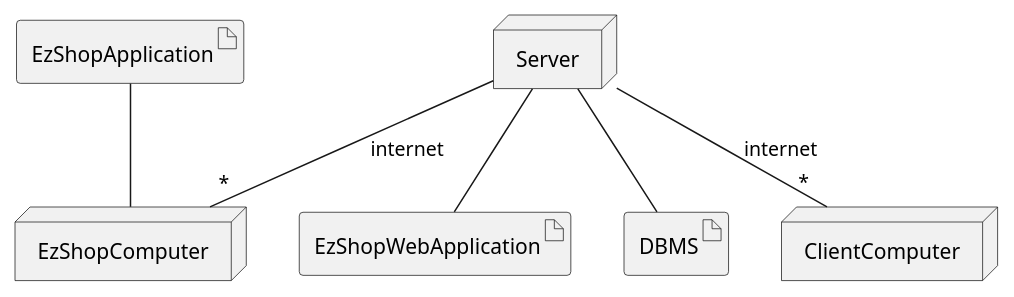
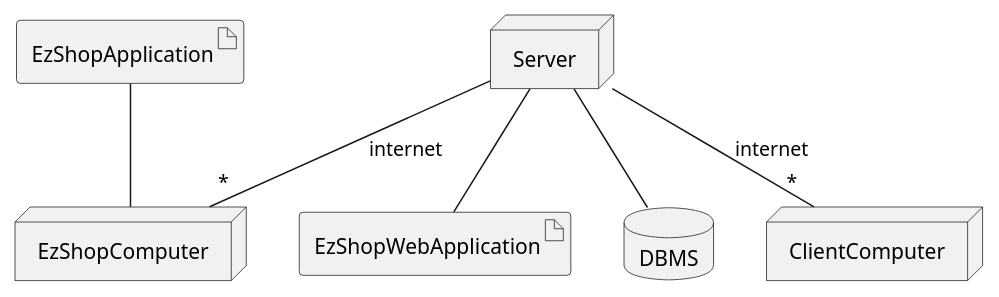
One commit to paolotron/EzshoProject31 changed diagram 11 of 11 in Deliverables/RequirementsDocument.md. Above: the diagram before and after it, drawn with PlantUML.

````diff
--- a/Deliverables/RequirementsDocument.md
+++ b/Deliverables/RequirementsDocument.md
@@ -877,18 +877,18 @@
 ```plantuml
 @startuml
 
 artifact EzShopApplication
 artifact EzShopWebApplication
 node Server
-artifact DBMS
+database DBMS
 node EzShopComputer
 node ClientComputer
 
 Server -- DBMS
 Server --"*" EzShopComputer : internet
 Server -- EzShopWebApplication
 Server --"*" ClientComputer : internet
 EzShopApplication -- EzShopComputer
 
 @enduml
 ```
````
